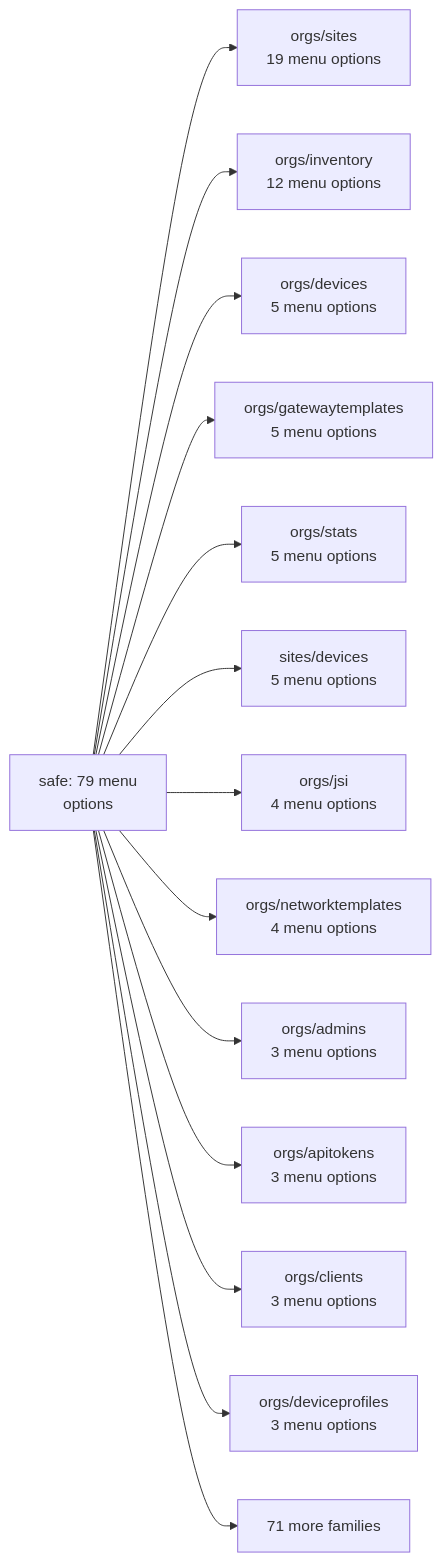
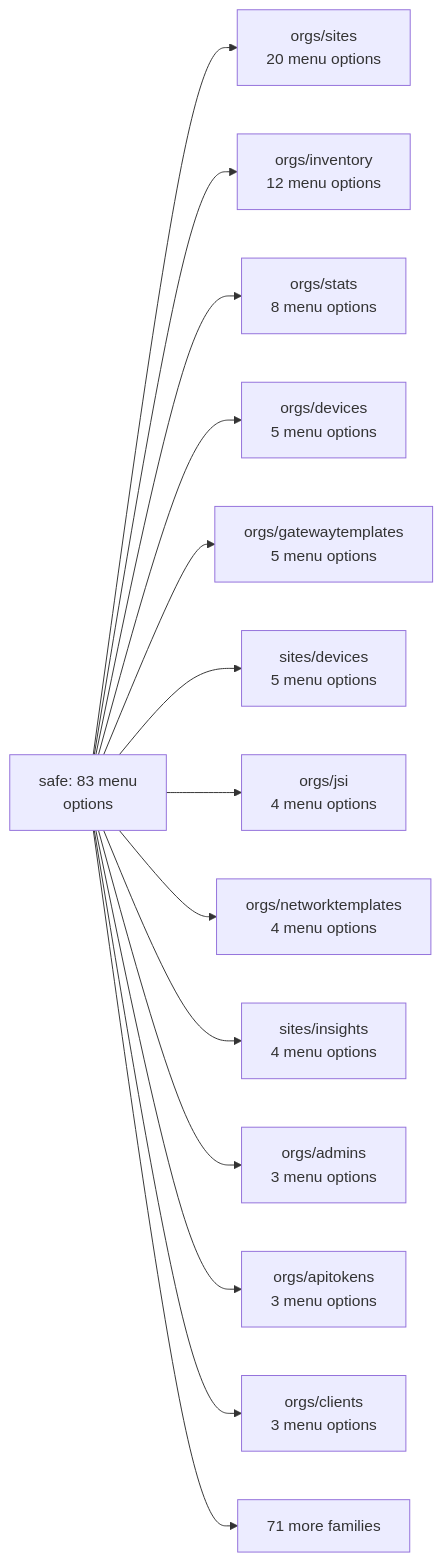
The first of 21 diagrams in documentation/menu-api/safe.md (jmorrison-juniper/MistHelper), drawn with Mermaid before and after one commit. The commit also changed other lines of this file and 8 other files, not shown here.

````diff
--- a/documentation/menu-api/safe.md
+++ b/documentation/menu-api/safe.md
@@ -17,17 +17,17 @@
 ```mermaid
 flowchart LR
-    root["safe: 79 menu<br/>options"]
-    root --> f_orgs_sites["orgs/sites<br/>19 menu options"]
+    root["safe: 83 menu<br/>options"]
+    root --> f_orgs_sites["orgs/sites<br/>20 menu options"]
     root --> f_orgs_inventory["orgs/inventory<br/>12 menu options"]
+    root --> f_orgs_stats["orgs/stats<br/>8 menu options"]
     root --> f_orgs_devices["orgs/devices<br/>5 menu options"]
     root --> f_orgs_gatewaytemplates["orgs/gatewaytemplates<br/>5 menu options"]
-    root --> f_orgs_stats["orgs/stats<br/>5 menu options"]
     root --> f_sites_devices["sites/devices<br/>5 menu options"]
     root --> f_orgs_jsi["orgs/jsi<br/>4 menu options"]
     root --> f_orgs_networktemplates["orgs/networktemplates<br/>4 menu options"]
+    root --> f_sites_insights["sites/insights<br/>4 menu options"]
     root --> f_orgs_admins["orgs/admins<br/>3 menu options"]
     root --> f_orgs_apitokens["orgs/apitokens<br/>3 menu options"]
     root --> f_orgs_clients["orgs/clients<br/>3 menu options"]
-    root --> f_orgs_deviceprofiles["orgs/deviceprofiles<br/>3 menu options"]
     root --> more["71 more families"]
 ```
````
